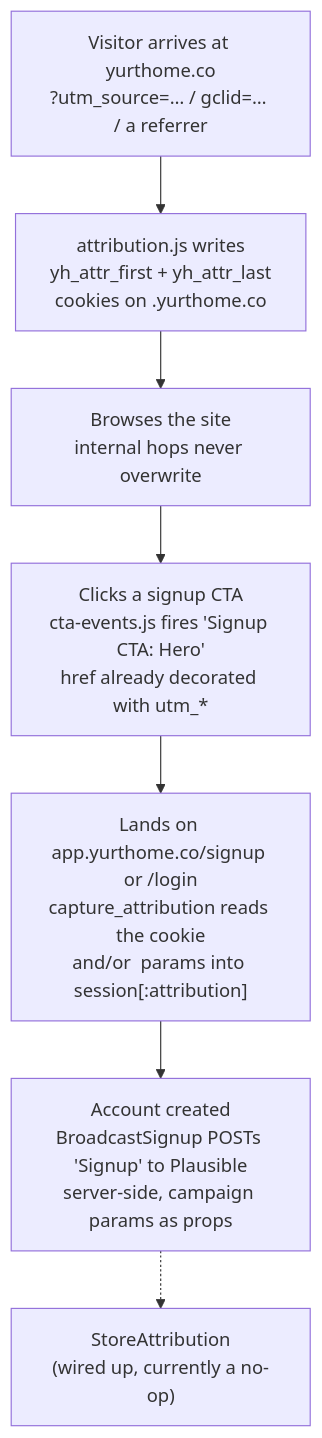
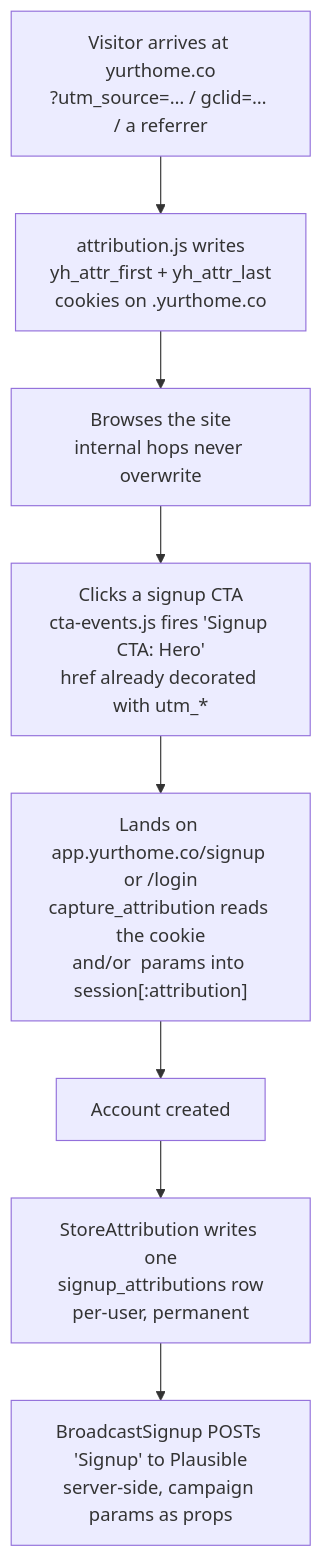
The diagram in ATTRIBUTION.md (yurtapp/yurtapp.github.io), drawn with Mermaid before and after one commit. The commit also changed other lines of this file, not shown here.

Commit message:
updating to reflect rails-side changes to create `SignupAttribution`

````diff
--- a/ATTRIBUTION.md
+++ b/ATTRIBUTION.md
@@ -31,9 +31,10 @@
 ```mermaid
 flowchart TD
     A["Visitor arrives at yurthome.co<br/>?utm_source=… / gclid=… / a referrer"] --> B["attribution.js writes<br/>yh_attr_first + yh_attr_last<br/>cookies on .yurthome.co"]
     B --> C["Browses the site<br/>internal hops never overwrite"]
     C --> D["Clicks a signup CTA<br/>cta-events.js fires 'Signup CTA: Hero'<br/>href already decorated with utm_*"]
     D --> E["Lands on app.yurthome.co/signup or /login<br/>capture_attribution reads the cookie<br/>and/or  params into session[:attribution]"]
-    E --> F["Account created<br/>BroadcastSignup POSTs 'Signup' to Plausible<br/>server-side, campaign params as props"]
-    F -.-> G["StoreAttribution<br/>(wired up, currently a no-op)"]
+    E --> F["Account created"]
+    F --> G["StoreAttribution writes one<br/>signup_attributions row<br/>per-user, permanent"]
+    G --> H["BroadcastSignup POSTs 'Signup' to Plausible<br/>server-side, campaign params as props"]
 ```
````
